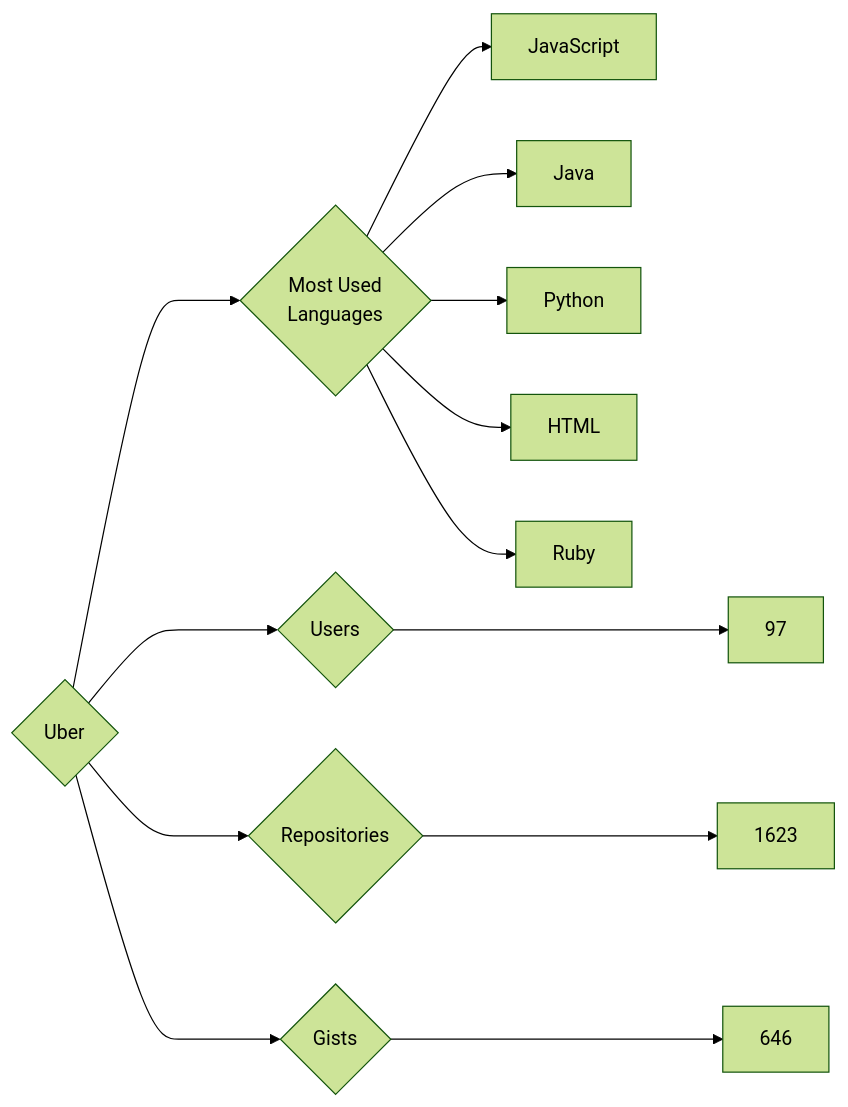
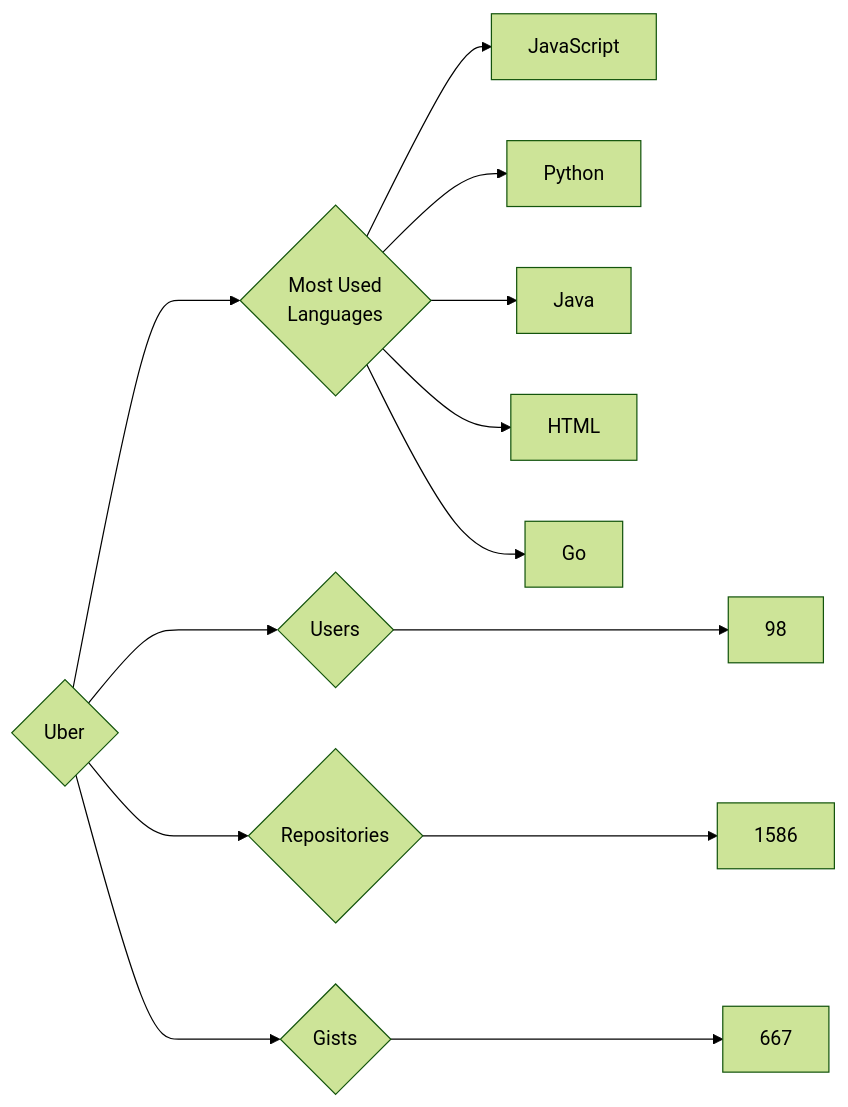
The diagram in targets/Uber/README.md (trickest/insiders), drawn with Mermaid (forest theme) before and after one commit. The commit also changed 898 other files, not shown here.

````diff
--- a/targets/Uber/README.md
+++ b/targets/Uber/README.md
@@ -3,13 +3,13 @@
 ```mermaid
 graph LR
 COMPANY_NAME{Uber}
-COMPANY_NAME ---> U{Users} ---> UN[97]
-COMPANY_NAME ---> R{Repositories} ---> RN[1623]
-COMPANY_NAME ---> G{Gists} ---> GN[646]
+COMPANY_NAME ---> U{Users} ---> UN[98]
+COMPANY_NAME ---> R{Repositories} ---> RN[1586]
+COMPANY_NAME ---> G{Gists} ---> GN[667]
 COMPANY_NAME ---> ML{Most Used<br>Languages}
 ML --> JavaScript[JavaScript]
+ML --> Python[Python]
 ML --> Java[Java]
-ML --> Python[Python]
 ML --> HTML[HTML]
-ML --> Ruby[Ruby]
+ML --> Go[Go]
 ```
````
